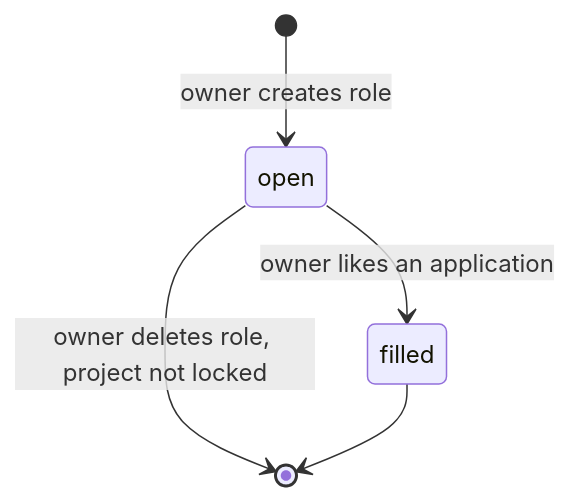
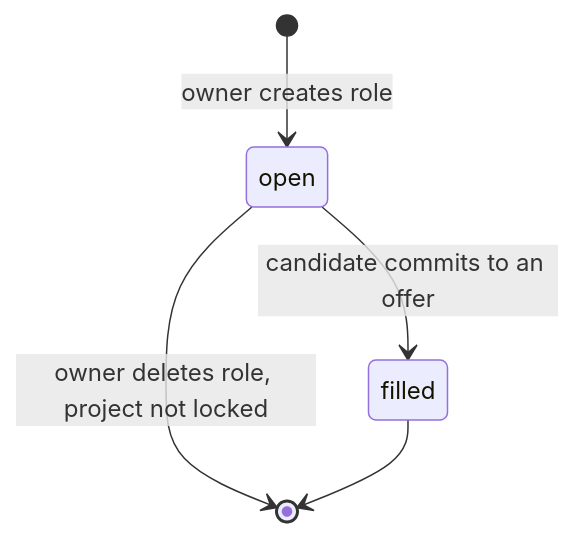
One commit to season101/teammatch changed the third of 4 diagrams in docs/architecture/data-model.md. Above: the diagram before and after it, drawn with Mermaid. The commit also changed other lines of this file and 21 other files, not shown here.

````diff
--- a/docs/architecture/data-model.md
+++ b/docs/architecture/data-model.md
@@ -143,7 +148,7 @@
 ```mermaid
 stateDiagram-v2
     [*] --> open : owner creates role
-    open --> filled : owner likes an application
+    open --> filled : candidate commits to an offer
     open --> [*] : owner deletes role, project not locked
     filled --> [*]
 ```
````
